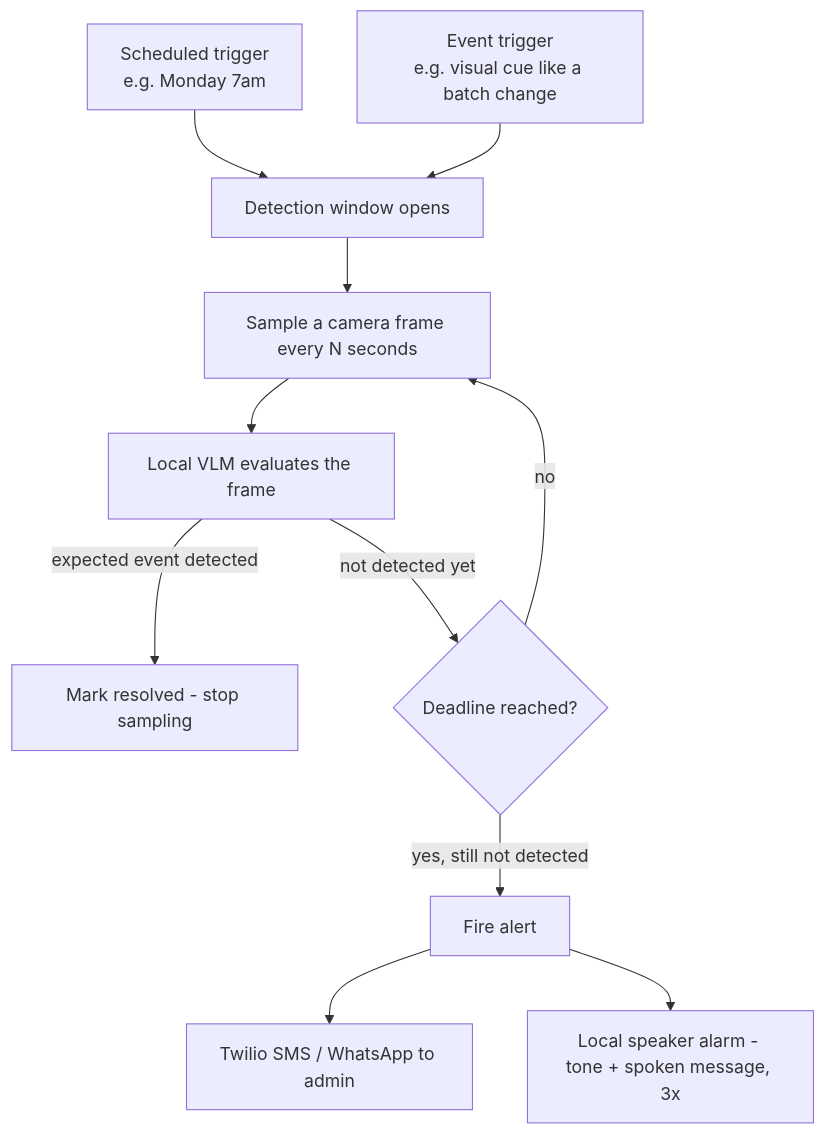
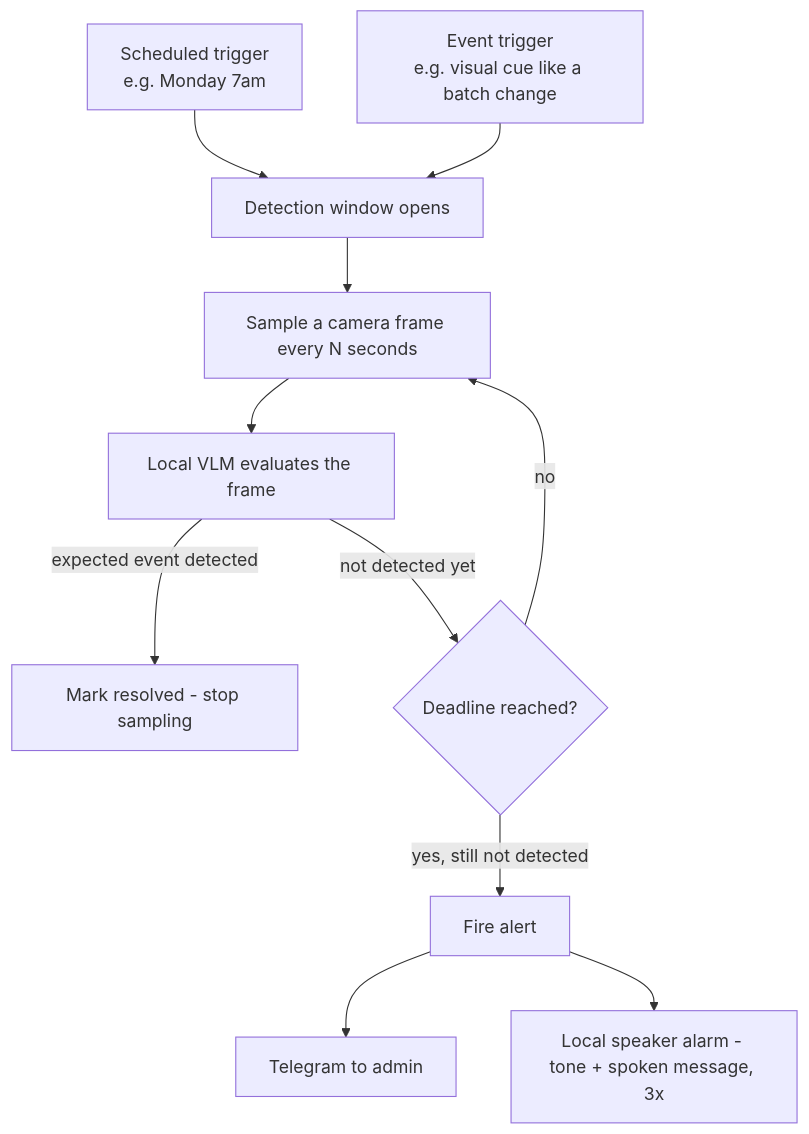
Before and after one commit to sid92/sanddune: the first of 2 diagrams in README.md, drawn with Mermaid. The commit also changed other lines of this file and 4 other files, not shown here.

First line of the commit message:
Switch notifications from Twilio to Telegram

````diff
--- a/README.md
+++ b/README.md
@@ -13,13 +13,13 @@
 ```mermaid
 flowchart TD
     T1[Scheduled trigger<br/>e.g. Monday 7am] --> W[Detection window opens]
     T2[Event trigger<br/>e.g. visual cue like a batch change] --> W
     W --> S[Sample a camera frame every N seconds]
     S --> VLM[Local VLM evaluates the frame]
     VLM -->|expected event detected| R[Mark resolved - stop sampling]
     VLM -->|not detected yet| D{Deadline reached?}
     D -->|no| S
     D -->|yes, still not detected| A[Fire alert]
-    A --> SMS[Twilio SMS / WhatsApp to admin]
+    A --> SMS[Telegram to admin]
     A --> SPK[Local speaker alarm - tone + spoken message, 3x]
 ```
````
